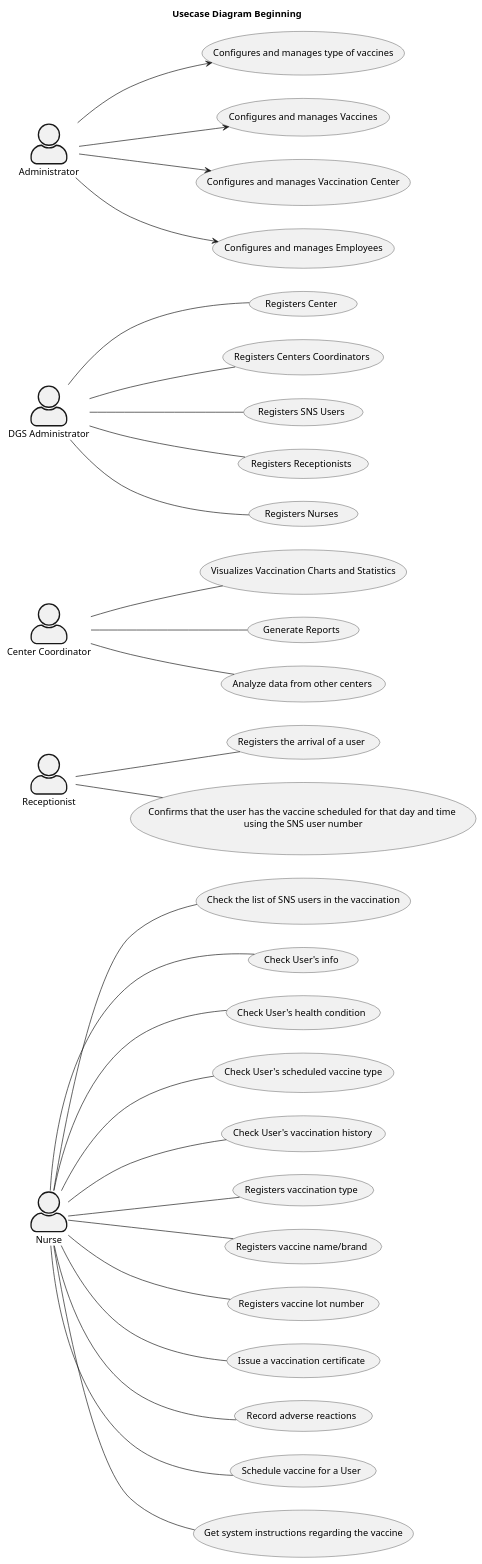
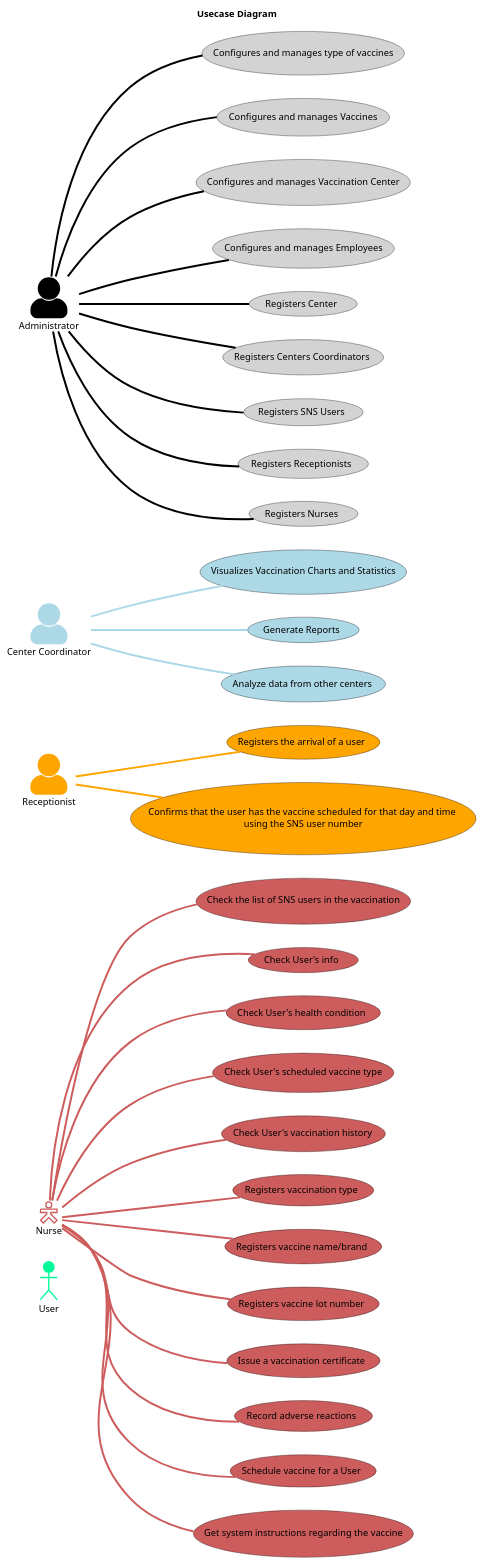
The diagram in docs/SprintA/UCD.puml (Pirussa/lei-22-s2-1da-g02), drawn with PlantUML before and after one commit.

Commit message:
UCD - Just missing user uc's

```diff
--- a/docs/SprintA/UCD.puml
+++ b/docs/SprintA/UCD.puml
@@ -1,99 +1,102 @@
 @startuml
 'https://plantuml.com/use-case-diagram
 '!pragma layout smetana
 
 left to right direction
-title Usecase Diagram Beginning
-skinparam actorStyle awesome
-skinparam titleBorderRoundCorner 15
+title Usecase Diagram
+skinparam titleBorderRoundCorner 20
 skinparam titleBorderThickness 2
+skinparam arrowThickness 3
+'**********User*************
 
 
 
-'**********Nurse*************
-Usecase UC13 as "Check the list of SNS users in the vaccination"
-Usecase UC14 as "Check User's info"
-Usecase UC15 as "Check User's health condition"
-Usecase UC16 as "Check User's scheduled vaccine type"
-Usecase UC17 as "Check User's vaccination history"
-Usecase UC18 as "Registers vaccination type"
-Usecase UC19 as "Registers vaccine name/brand"
-Usecase UC20 as "Registers vaccine lot number"
-Usecase UC21 as "Issue a vaccination certificate"
-Usecase UC22 as "Record adverse reactions"
-Usecase UC23 as "Schedule vaccine for a User"
-Usecase UC24 as "Get system instructions regarding the vaccine"
 
-:Nurse: as N
-N -d- UC13
-N -d- UC14
-N -d- UC15
-N -d- UC16
-N -d- UC17
-N -d- UC18
-N -d- UC19
-N -d- UC20
-N -d- UC21
-N -d- UC22
-N -d- UC23
-N -d- UC24
+
+:User: as U #mediumSpringGreen;line:mediumSpringGreen
 
 
 
+
+
+skinparam actorStyle Hollow
+'**********Nurse*************
+Usecase UC13 as "Check the list of SNS users in the vaccination"  #indianRed;line:black
+Usecase UC14 as "Check User's info" #indianRed;line:black
+Usecase UC15 as "Check User's health condition" #indianRed;line:black
+Usecase UC16 as "Check User's scheduled vaccine type" #indianRed;line:black
+Usecase UC17 as "Check User's vaccination history" #indianRed;line:black
+Usecase UC18 as "Registers vaccination type" #indianRed;line:black
+Usecase UC19 as "Registers vaccine name/brand" #indianRed;line:black
+Usecase UC20 as "Registers vaccine lot number" #indianRed;line:black
+Usecase UC21 as "Issue a vaccination certificate" #indianRed;line:black
+Usecase UC22 as "Record adverse reactions" #indianRed;line:black
+Usecase UC23 as "Schedule vaccine for a User" #indianRed;line:black
+Usecase UC24 as "Get system instructions regarding the vaccine" #indianRed;line:black
+
+:Nurse: as N #white;line:indianRed
+N -d- UC13 #indianRed
+N -d- UC14 #indianRed
+N -d- UC15 #indianRed
+N -d- UC16 #indianRed
+N -d- UC17 #indianRed
+N -d- UC18 #indianRed
+N -d- UC19 #indianRed
+N -d- UC20 #indianRed
+N -d- UC21 #indianRed
+N -d- UC22 #indianRed
+N -d- UC23 #indianRed
+N -d- UC24 #indianRed
+
+skinparam actorStyle awesome
+
+
 '**********Recepcionist*************
-Usecase UC25 as "Registers the arrival of a user"
-Usecase UC26 as "Confirms that the user has the vaccine scheduled for that day and time \n using the SNS user number "
+Usecase UC25 as "Registers the arrival of a user" #orange;line:black
+Usecase UC26 as "Confirms that the user has the vaccine scheduled for that day and time \n using the SNS user number "  #orange;line:black
 
-:Receptionist: as R
-R -d- UC25
-R -d- UC26
-
+:Receptionist: as R #orange;line:orange
+R -d- UC25  #orange;line:orange
+R -d- UC26  #orange;line:orange
 
 
 '**********Center Coordinator*************
-Usecase UC10 as "Visualizes Vaccination Charts and Statistics"
-Usecase UC11 as "Generate Reports"
-Usecase UC12 as "Analyze data from other centers"
+Usecase UC10 as "Visualizes Vaccination Charts and Statistics" #lightblue;line:black
+Usecase UC11 as "Generate Reports" #lightblue;line:black
+Usecase UC12 as "Analyze data from other centers" #lightblue;line:black
 
-:Center Coordinator: as CC
-CC -d- UC10
-CC -d- UC11
-CC -d- UC12
-
-
-
-'**********DGS ADMINISTRATOR************
-Usecase UC5 as "Registers Center"
-Usecase UC6 as "Registers Centers Coordinators"
-Usecase UC7 as "Registers SNS Users"
-Usecase UC8 as "Registers Receptionists"
-Usecase UC9 as "Registers Nurses"
-
-:DGS Administrator: as D
-D -d- UC5
-D -d- UC6
-D -d- UC7
-D -d- UC8
-D -d- UC9
-
+:Center Coordinator: as CC #lightblue;line:lightblue;
+CC -d- UC10 #lightblue;line:lightblue
+CC -d- UC11 #lightblue;line:lightblue
+CC -d- UC12 #lightblue;line:lightblue
 
 
 '**********ADMINISTRATOR*************
-Usecase UC1 as "Configures and manages type of vaccines"
-Usecase UC2 as "Configures and manages Vaccines"
-Usecase UC3 as "Configures and manages Vaccination Center"
-Usecase UC4 as "Configures and manages Employees"
+Usecase UC1 as "Configures and manages type of vaccines"   #lightgrey;line:black
+Usecase UC2 as "Configures and manages Vaccines"  #lightgrey;line:black
+Usecase UC3 as "Configures and manages Vaccination Center"   #lightgrey;line:black
+Usecase UC4 as "Configures and manages Employees"  #lightgrey;line:black
+Usecase UC5 as "Registers Center" #lightgrey;line:black
+Usecase UC6 as "Registers Centers Coordinators" #lightgrey;line:black
+Usecase UC7 as "Registers SNS Users" #lightgrey;line:black
+Usecase UC8 as "Registers Receptionists" #lightgrey;line:black
+Usecase UC9 as "Registers Nurses" #lightgrey;line:black
 
-:Administrator: as A
-A -d-> UC1
-A -d-> UC2
-A -d-> UC3
-A -d-> UC4
 
+:Administrator: as A #black;line:black
+A -d- UC1 #black;line:black
+A -d- UC2 #black;line:black
+A -d- UC3 #black;line:black
+A -d- UC4 #black;line:black
+A -d- UC5 #black;line:black
+A -d- UC6 #black;line:black
+A -d- UC7 #black;line:black
+A -d- UC8 #black;line:black
+A -d- UC9 #black;line:black
 
 
 '**********User*************
 
 
 
 @enduml
```
